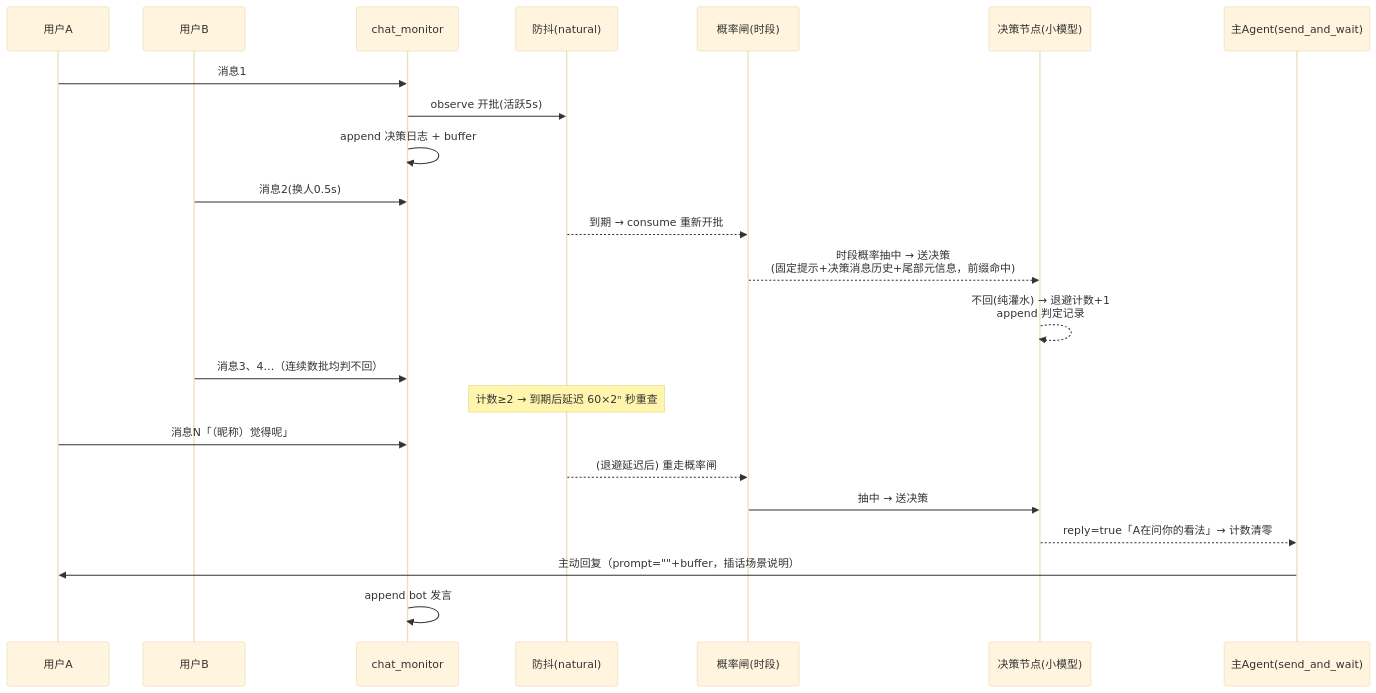
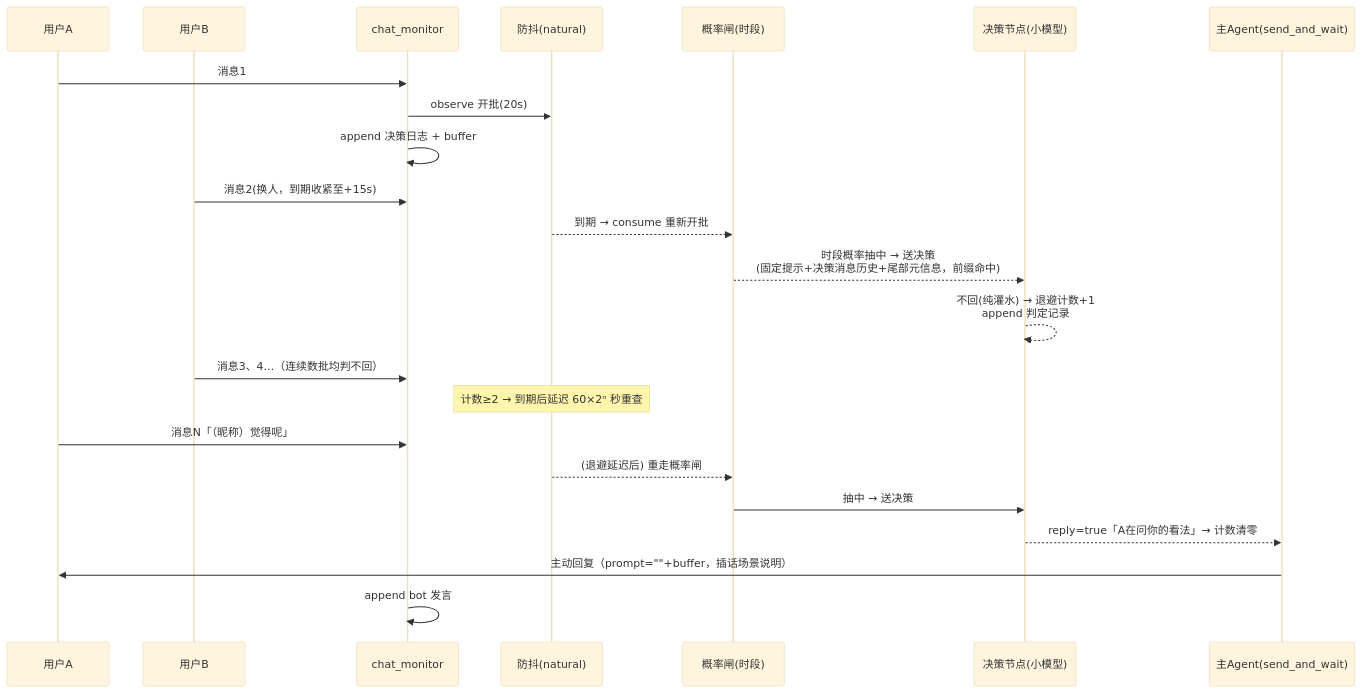
One commit to njdldkl666699/kanade-bot changed the diagram in docs/AUTOREPLY_DESIGN.md. Above: the diagram before and after it, drawn with Mermaid (base theme). The commit also changed other lines of this file and 14 other files, not shown here.

````diff
--- a/docs/AUTOREPLY_DESIGN.md
+++ b/docs/AUTOREPLY_DESIGN.md
@@ -481,26 +516,26 @@
 ```mermaid
 sequenceDiagram
     participant U1 as 用户A
     participant U2 as 用户B
     participant M as chat_monitor
     participant D as 防抖(natural)
     participant P as 概率闸(时段)
     participant G as 决策节点(小模型)
     participant S as 主Agent(send_and_wait)
 
     U1->>M: 消息1
-    M->>D: observe 开批(活跃5s)
+    M->>D: observe 开批(20s)
     M->>M: append 决策日志 + buffer
-    U2->>M: 消息2(换人0.5s)
+    U2->>M: 消息2(换人，到期收紧至+15s)
     D-->>P: 到期 → consume 重新开批
     P-->>G: 时段概率抽中 → 送决策<br/>(固定提示+决策消息历史+尾部元信息，前缀命中)
     G-->>G: 不回(纯灌水) → 退避计数+1<br/>append 判定记录
     U2->>M: 消息3、4…（连续数批均判不回）
     Note over D: 计数≥2 → 到期后延迟 60×2ⁿ 秒重查
     U1->>M: 消息N「（昵称）觉得呢」
     D-->>P: (退避延迟后) 重走概率闸
     P->>G: 抽中 → 送决策
     G-->>S: reply=true「A在问你的看法」→ 计数清零
     S->>U1: 主动回复（prompt=""+buffer，插话场景说明）
     M->>M: append bot 发言
 ```
````
